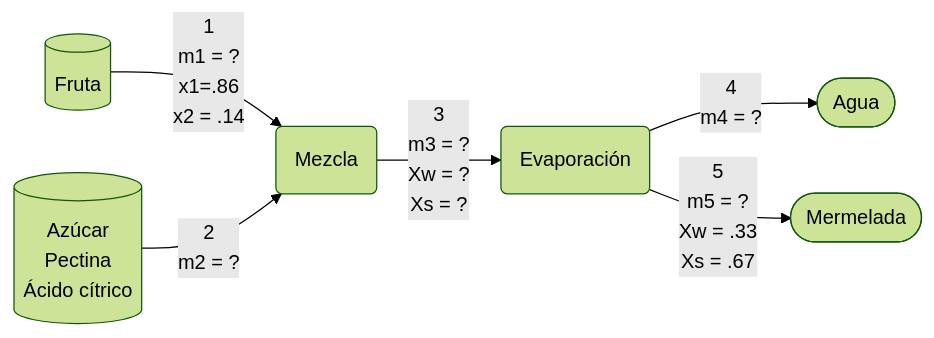
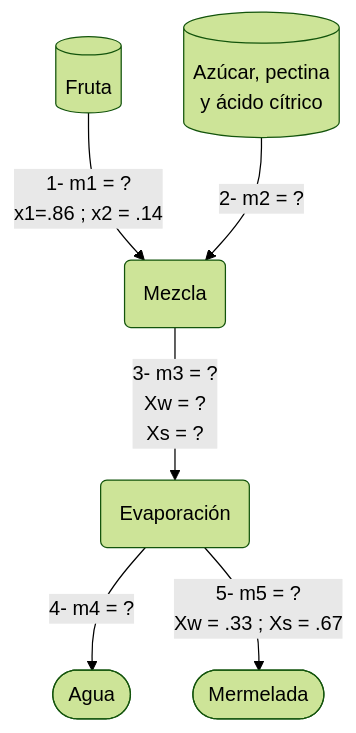
One commit to DarahRaccoon/Obsidian-Git changed the diagram in 2 - Source Material/Class notes/AC4 - Ejercicios UA 1.md. Above: the diagram before and after it, drawn with Mermaid (forest theme). The commit also changed 1 other file, not shown here.

Commit message:
Last Sync: 09-29 00:36 (Mobile)

````diff
--- a/2 - Source Material/Class notes/AC4 - Ejercicios UA 1.md
+++ b/2 - Source Material/Class notes/AC4 - Ejercicios UA 1.md
@@ -90,19 +90,19 @@
 ```mermaid
-flowchart LR
+flowchart TB
 	
 		1@{ shape: cyl, label: "Fruta" }
-		2@{ shape: cyl, label: "Azúcar<br>Pectina<br>Ácido cítrico" }
+		2@{ shape: cyl, label: "Azúcar, pectina<br>y ácido cítrico" }
 		
 		A(Mezcla)
 		
 		B(Evaporación)
 		
 		4@{ shape: stadium, label: "Agua" }
 		5@{ shape: stadium, label: "Mermelada" }
 	
-	1 --> |1<br>m1 = ?<br>x1=.86<br>x2 = .14|A
-	2 --> |2<br>m2 = ?|A
-	A --> |3<br>m3 = ?<br>Xw = ?<br>Xs = ?|B
-	B --> |4<br>m4 = ?|4
-	B --> |5<br>m5 = ?<br>Xw = .33<br>Xs = .67|5
+	1 --> |1- m1 = ?<br>x1=.86 ; x2 = .14|A
+	2 --> |2- m2 = ?|A
+	A --> |3- m3 = ?<br>Xw = ?<br>Xs = ?|B
+	B --> |4- m4 = ?|4
+	B --> |5- m5 = ?<br>Xw = .33 ; Xs = .67|5
 ```
````
